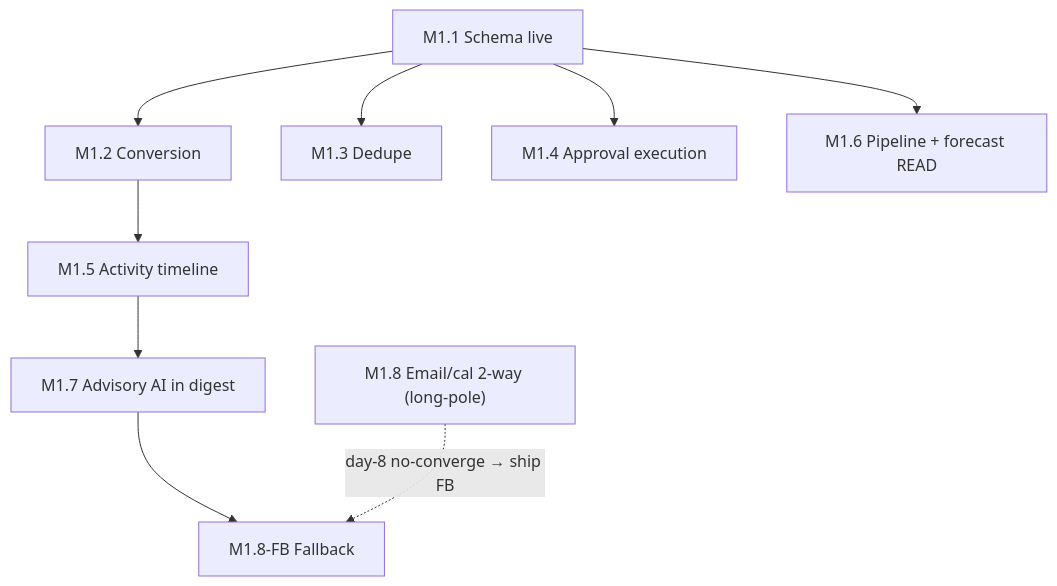
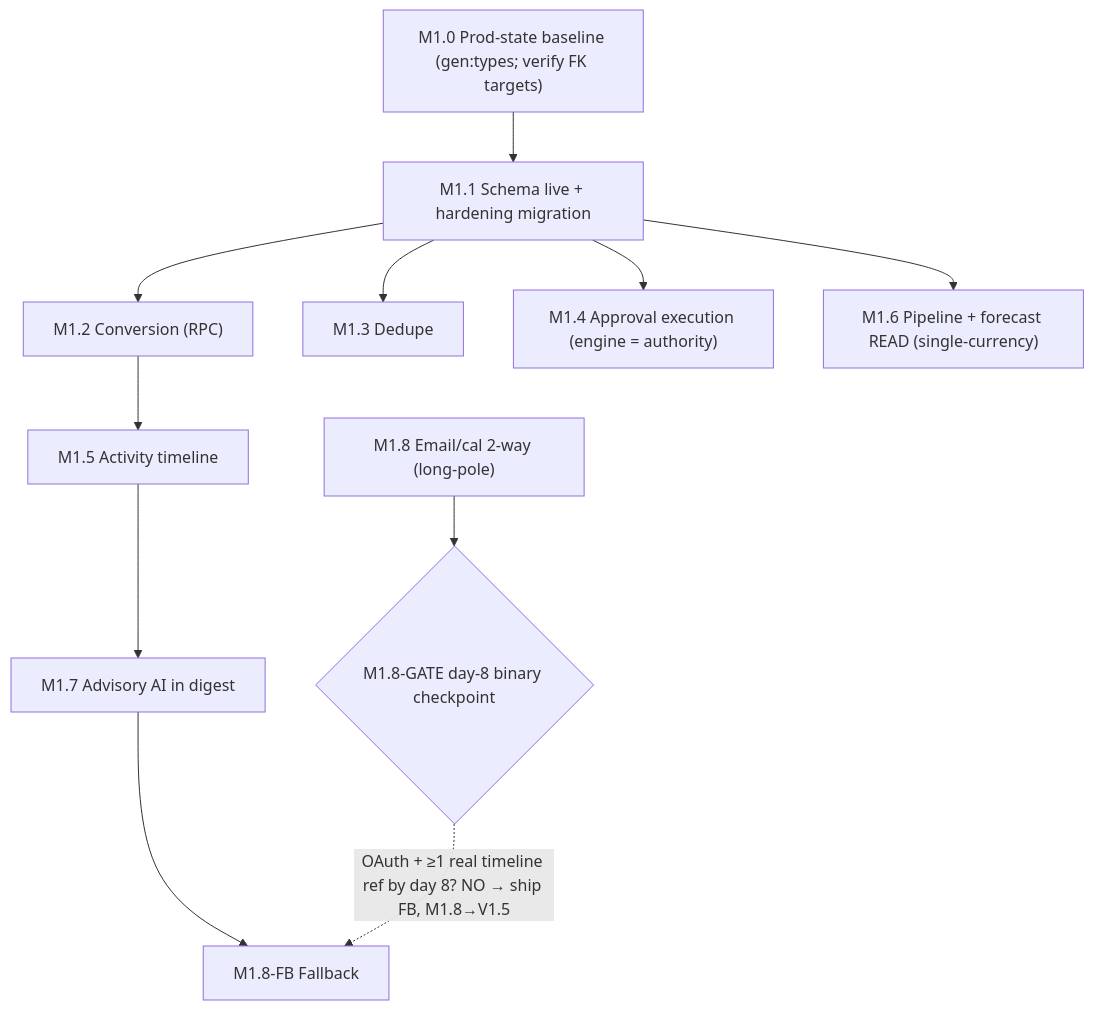
The second of 2 diagrams in docs/spec/phase-plan.md (CleanExpo/Unite-Group), drawn with Mermaid before and after one commit. The commit also changed other lines of this file and 3 other files, not shown here.

````diff
--- a/docs/spec/phase-plan.md
+++ b/docs/spec/phase-plan.md
@@ -132,12 +141,13 @@
 ```mermaid
 flowchart TD
-    M11["M1.1 Schema live"] --> M12["M1.2 Conversion"]
+    M10["M1.0 Prod-state baseline (gen:types; verify FK targets)"] --> M11["M1.1 Schema live + hardening migration"]
+    M11 --> M12["M1.2 Conversion (RPC)"]
     M11 --> M13["M1.3 Dedupe"]
-    M11 --> M14["M1.4 Approval execution"]
-    M11 --> M16["M1.6 Pipeline + forecast READ"]
+    M11 --> M14["M1.4 Approval execution (engine = authority)"]
+    M11 --> M16["M1.6 Pipeline + forecast READ (single-currency)"]
     M12 --> M15["M1.5 Activity timeline"]
     M15 --> M17["M1.7 Advisory AI in digest"]
     M17 --> M18FB["M1.8-FB Fallback"]
-    M18["M1.8 Email/cal 2-way (long-pole)"]
-    M18 -. "day-8 no-converge → ship FB" .-> M18FB
+    M18["M1.8 Email/cal 2-way (long-pole)"] --> M18G{"M1.8-GATE day-8 binary checkpoint"}
+    M18G -. "OAuth + ≥1 real timeline ref by day 8? NO → ship FB, M1.8→V1.5" .-> M18FB
 ```
````
